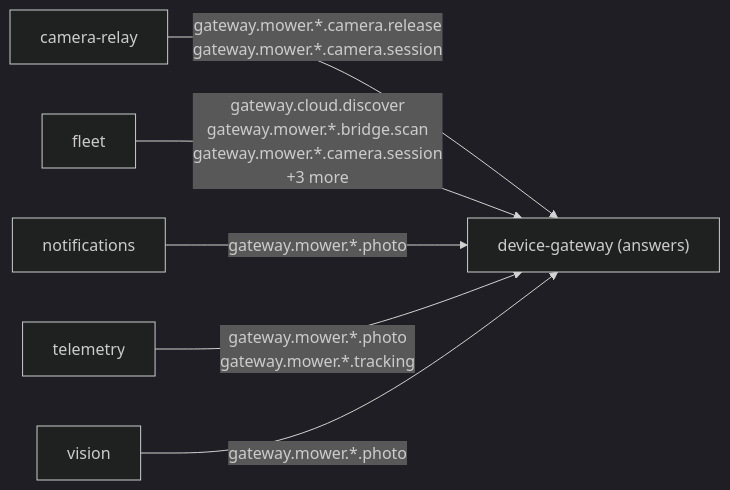
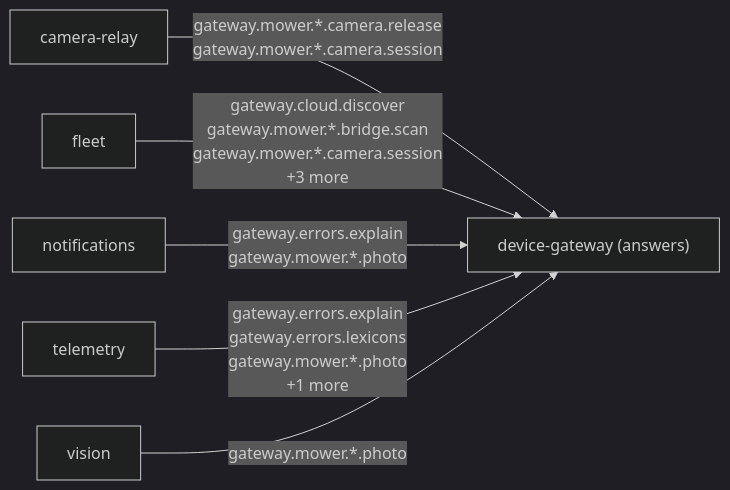
One commit to lukislp/mowdeck changed the tenth of 15 diagrams in docs/architecture/generated.md. Above: the diagram before and after it, drawn with Mermaid (dark theme). The commit also changed other lines of this file and 69 other files, not shown here.

````diff
--- a/docs/architecture/generated.md
+++ b/docs/architecture/generated.md
@@ -334,14 +334,14 @@
 ```mermaid
 flowchart LR
   r_device_gateway["device-gateway (answers)"]
   q_camera_relay["camera-relay"]
   q_camera_relay -->|"gateway.mower.*.camera.release<br/>gateway.mower.*.camera.session"| r_device_gateway
   q_fleet["fleet"]
   q_fleet -->|"gateway.cloud.discover<br/>gateway.mower.*.bridge.scan<br/>gateway.mower.*.camera.session<br/>+3 more"| r_device_gateway
   q_notifications["notifications"]
-  q_notifications -->|"gateway.mower.*.photo"| r_device_gateway
+  q_notifications -->|"gateway.errors.explain<br/>gateway.mower.*.photo"| r_device_gateway
   q_telemetry["telemetry"]
-  q_telemetry -->|"gateway.mower.*.photo<br/>gateway.mower.*.tracking"| r_device_gateway
+  q_telemetry -->|"gateway.errors.explain<br/>gateway.errors.lexicons<br/>gateway.mower.*.photo<br/>+1 more"| r_device_gateway
   q_vision["vision"]
   q_vision -->|"gateway.mower.*.photo"| r_device_gateway
 ```
````
